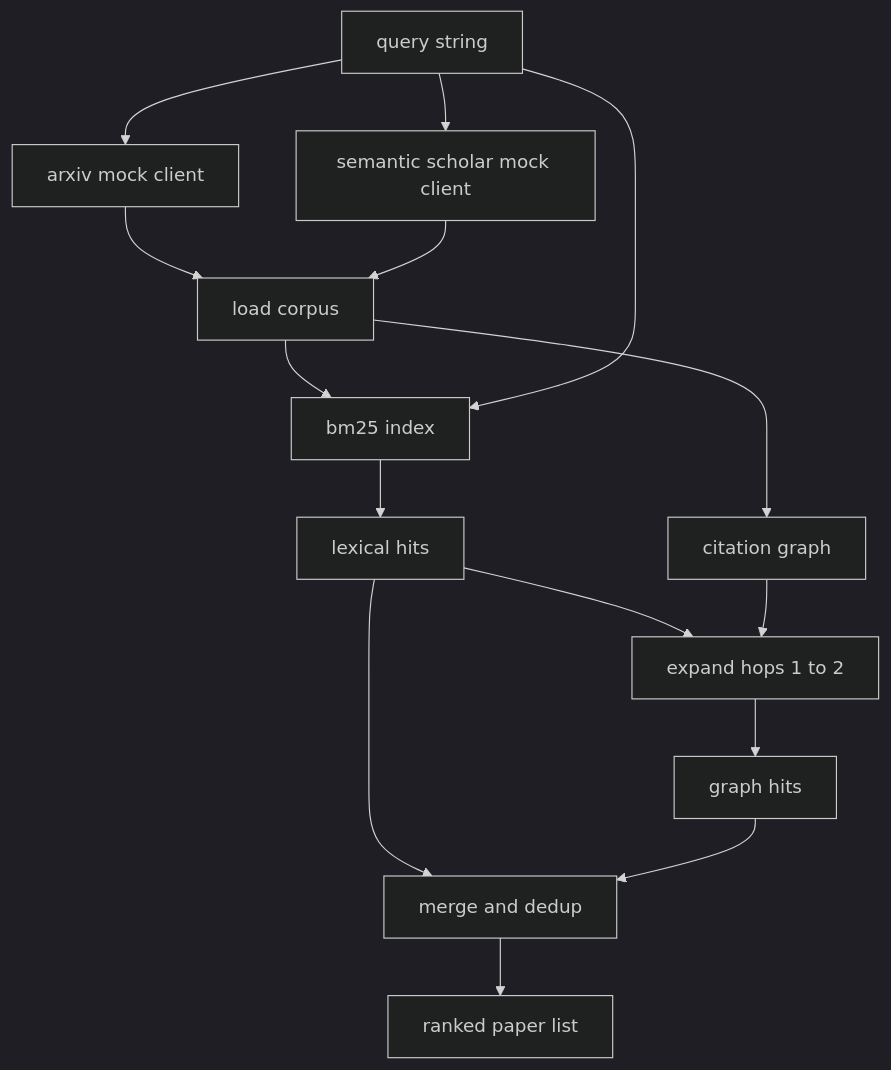
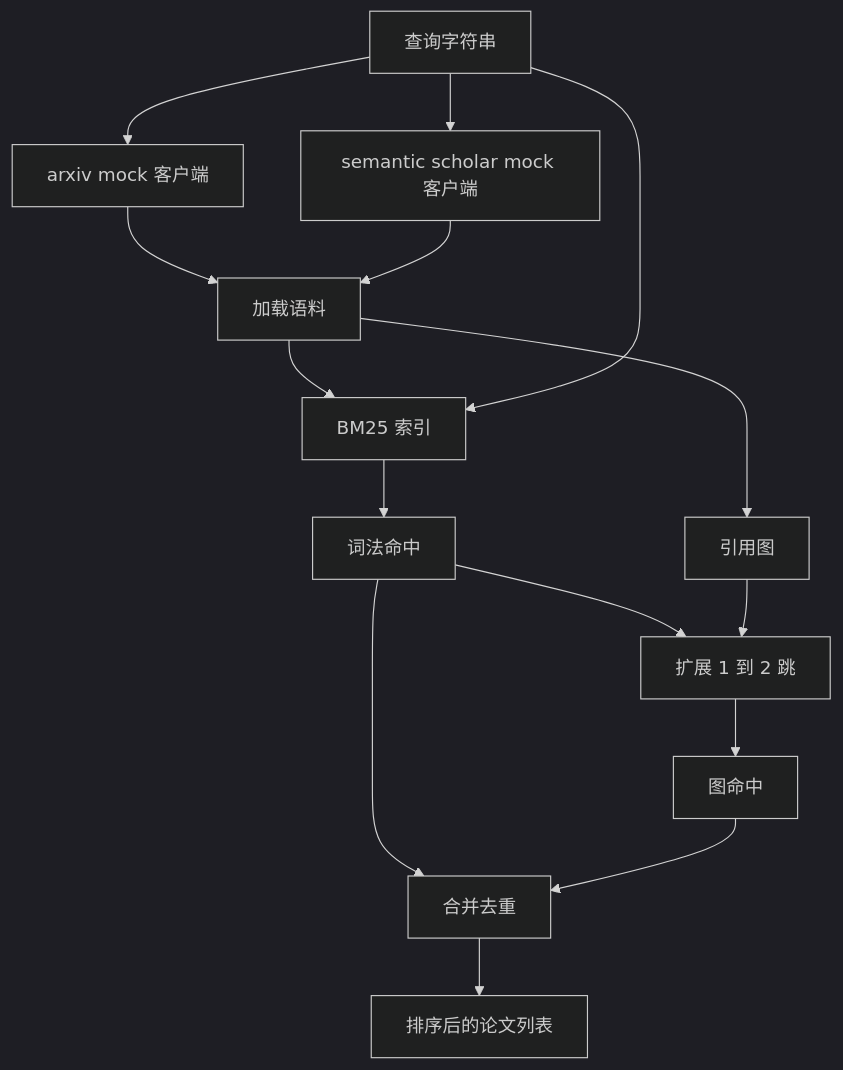
One commit to alessandrodinisio-ai/ai-engineering-learning-framework changed the diagram in phases/19-capstone-projects/51-literature-retrieval/docs/zh.md. Above: the diagram before and after it, drawn with Mermaid (dark theme). The commit also changed 120 other files, not shown here.

First line of the commit message:
i18n(mermaid): 337 个 mermaid 图表标签中文化

````diff
--- a/phases/19-capstone-projects/51-literature-retrieval/docs/zh.md
+++ b/phases/19-capstone-projects/51-literature-retrieval/docs/zh.md
@@ -42,17 +42,17 @@
 ```mermaid
 flowchart TD
-    Q[query string] --> A[arxiv mock client]
-    Q --> S[semantic scholar mock client]
-    A --> L[load corpus]
+    Q[查询字符串] --> A[arxiv mock 客户端]
+    Q --> S[semantic scholar mock 客户端]
+    A --> L[加载语料]
     S --> L
-    L --> B[bm25 index]
-    L --> G[citation graph]
+    L --> B[BM25 索引]
+    L --> G[引用图]
     Q --> B
-    B --> R1[lexical hits]
-    R1 --> H[expand hops 1 to 2]
+    B --> R1[词法命中]
+    R1 --> H[扩展 1 到 2 跳]
     G --> H
-    H --> R2[graph hits]
-    R1 --> M[merge and dedup]
+    H --> R2[图命中]
+    R1 --> M[合并去重]
     R2 --> M
-    M --> O[ranked paper list]
+    M --> O[排序后的论文列表]
 ```
````
